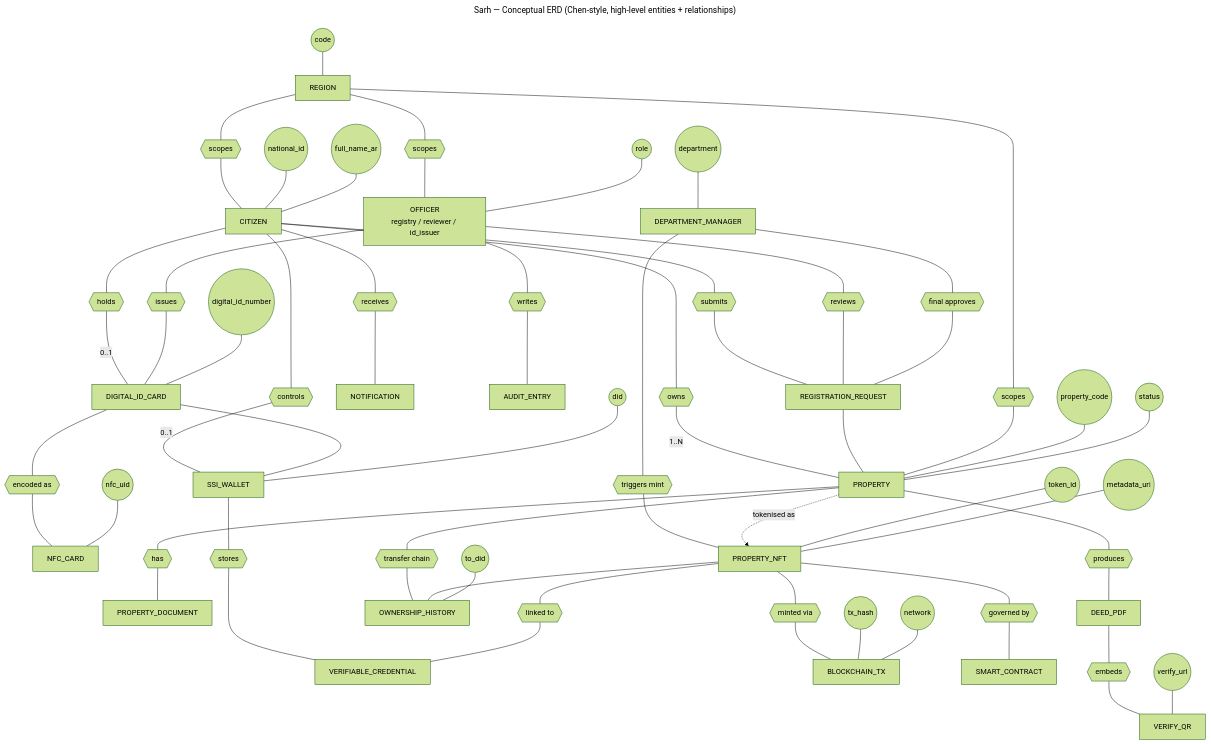
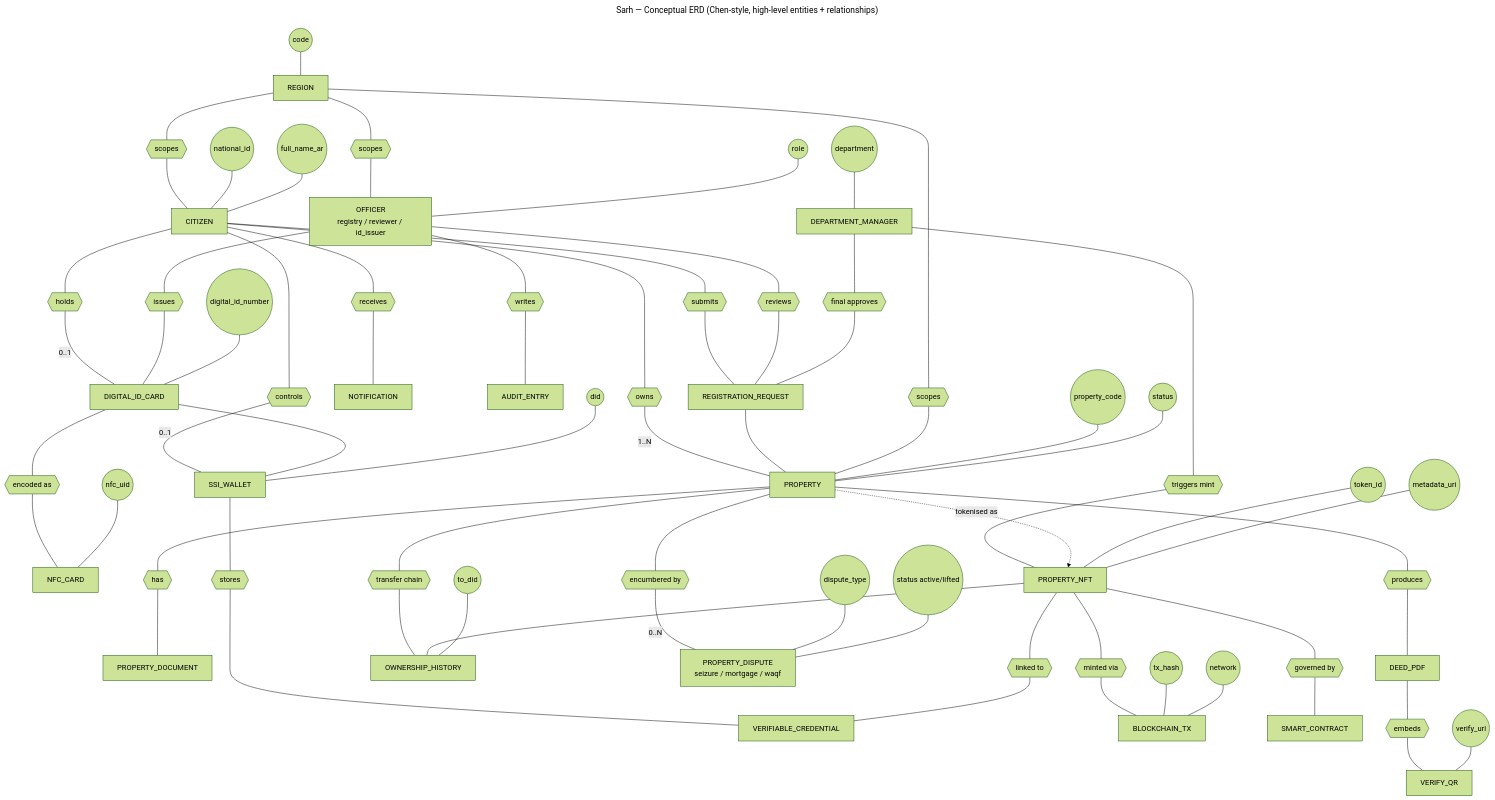
Before and after one commit to AliBelaid/Sarh: the diagram in docs/diagrams/conceptual-erd.mmd, drawn with Mermaid (forest theme). The commit also changed 16 other files, not shown here.

First line of the commit message:
docs: full project documentation — conceptual/logical ERD + class diagram

```diff
--- a/docs/diagrams/conceptual-erd.mmd
+++ b/docs/diagrams/conceptual-erd.mmd
@@ -1,104 +1,109 @@
 ---
 title: Sarh — Conceptual ERD (Chen-style, high-level entities + relationships)
 ---
 flowchart TB
     %% Sarh brand-coloured Chen-style ERD. Entities are rectangles,
     %% relationships are diamonds, key attributes hang off entities.
 
     %% ---- Core entities --------------------------------------------------
     Citizen[CITIZEN]
     Officer[OFFICER<br/>registry / reviewer / id_issuer]
     Manager[DEPARTMENT_MANAGER]
     Property[PROPERTY]
     Request[REGISTRATION_REQUEST]
     Document[PROPERTY_DOCUMENT]
     Card[DIGITAL_ID_CARD]
     NFC[NFC_CARD]
     Wallet[SSI_WALLET]
     VC[VERIFIABLE_CREDENTIAL]
     Deed[DEED_PDF]
     QR[VERIFY_QR]
     NFT[PROPERTY_NFT]
     OH[OWNERSHIP_HISTORY]
     Tx[BLOCKCHAIN_TX]
     SC[SMART_CONTRACT]
+    Dispute[PROPERTY_DISPUTE<br/>seizure / mortgage / waqf]
     Region[REGION]
     Notif[NOTIFICATION]
     Audit[AUDIT_ENTRY]
 
     %% ---- Relationships (diamonds) --------------------------------------
     R_owns{{owns}}
     R_holds{{holds}}
     R_controls{{controls}}
     R_submits{{submits}}
     R_reviews{{reviews}}
     R_finalapprove{{final approves}}
     R_issues{{issues}}
     R_mints{{triggers mint}}
     R_attaches{{has}}
     R_produces{{produces}}
     R_embeds{{embeds}}
     R_encoded{{encoded as}}
     R_stores{{stores}}
     R_link{{linked to}}
     R_minted{{minted via}}
     R_governs{{governed by}}
     R_chain{{transfer chain}}
+    R_encumber{{encumbered by}}
     R_scope_c{{scopes}}
     R_scope_p{{scopes}}
     R_scope_o{{scopes}}
     R_recv{{receives}}
     R_audit{{writes}}
 
     Citizen --- R_owns ---|1..N| Property
     Citizen --- R_holds ---|0..1| Card
     Citizen --- R_controls ---|0..1| Wallet
     Citizen --- R_submits --- Request
     Citizen --- R_recv --- Notif
 
     Officer --- R_reviews --- Request
     Officer --- R_issues --- Card
     Officer --- R_audit --- Audit
 
     Manager --- R_finalapprove --- Request
     Manager --- R_mints --- NFT
 
     Property --- R_attaches --- Document
     Property --- R_produces --- Deed
     Property --- R_chain --- OH
+    Property --- R_encumber ---|0..N| Dispute
     Property -.->|tokenised as| NFT
 
     Request --- Property
 
     Deed --- R_embeds --- QR
 
     Card --- R_encoded --- NFC
     Card --- Wallet
     Wallet --- R_stores --- VC
     NFT --- R_link --- VC
 
     NFT --- R_minted --- Tx
     NFT --- R_governs --- SC
     NFT --- OH
 
     Region --- R_scope_c --- Citizen
     Region --- R_scope_p --- Property
     Region --- R_scope_o --- Officer
 
     %% ---- Sample attributes (key + identifying) -------------------------
     A_cn((national_id)) --- Citizen
     A_cf((full_name_ar)) --- Citizen
     A_pdid((did)) --- Wallet
     A_pcode((property_code)) --- Property
     A_pstatus((status)) --- Property
     A_token((token_id)) --- NFT
     A_meta((metadata_uri)) --- NFT
     A_ohto((to_did)) --- OH
     A_dno((digital_id_number)) --- Card
     A_nuid((nfc_uid)) --- NFC
     A_qr((verify_url)) --- QR
     A_ttx((tx_hash)) --- Tx
     A_net((network)) --- Tx
     A_role((role)) --- Officer
     A_dept((department)) --- Manager
     A_rcode((code)) --- Region
+    A_disp((dispute_type)) --- Dispute
+    A_dstat((status active/lifted)) --- Dispute
```
